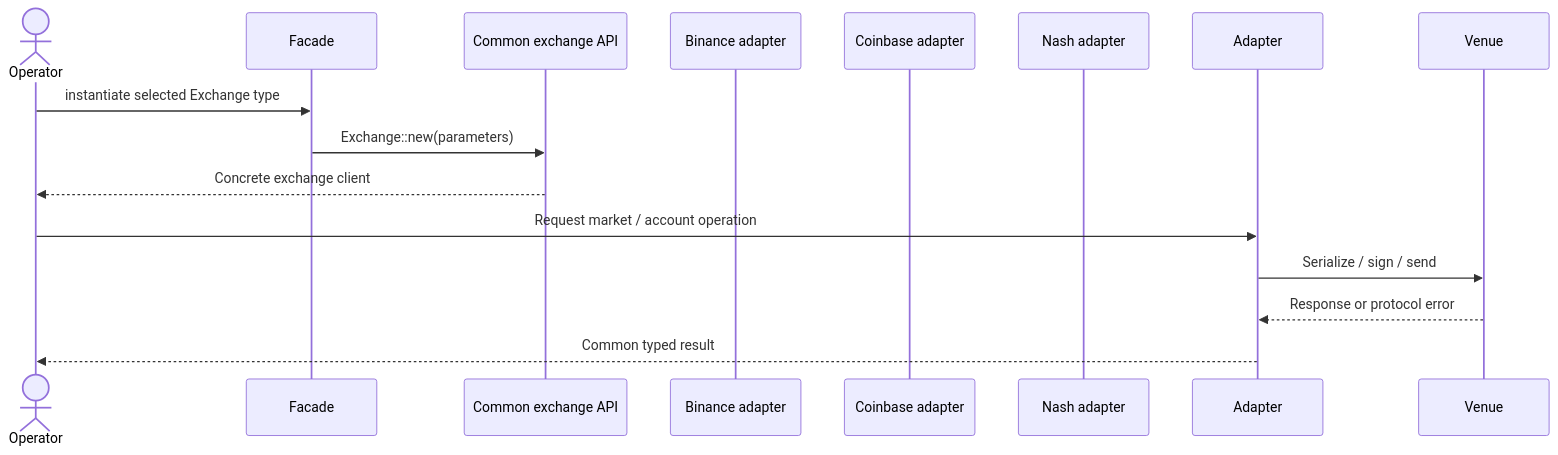
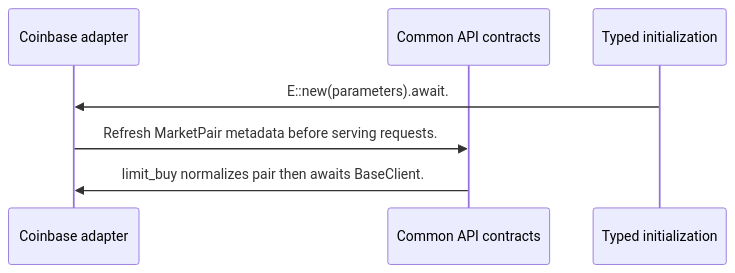
The fourth of 4 diagrams in docs/ayu-develop.md (alexcwyu/openlimits), drawn with Mermaid before and after one commit. The commit also changed other lines of this file and 13 other files, not shown here.

Commit message:
docs: standardize source-reviewed system guides and offline diagrams

````diff
--- a/docs/ayu-develop.md
+++ b/docs/ayu-develop.md
@@ -105,16 +173,9 @@
 ```mermaid
 sequenceDiagram
-  actor Operator
-  participant P0 as Facade
-  participant P1 as Common exchange API
-  participant P2 as Binance adapter
-  participant P3 as Coinbase adapter
-  participant P4 as Nash adapter
-  Operator->>P0: instantiate selected Exchange type
-  P0->>P1: Exchange::new(parameters)
-  P1-->>Operator: Concrete exchange client
-  Operator->>Adapter: Request market / account operation
-  Adapter->>Venue: Serialize / sign / send
-  Venue-->>Adapter: Response or protocol error
-  Adapter-->>Operator: Common typed result
+  participant N0 as Coinbase adapter
+  participant N1 as Common API contracts
+  participant N2 as Typed initialization
+  N2->>N0: E::new(parameters).await.
+  N0->>N1: Refresh MarketPair metadata before serving requests.
+  N1->>N0: limit_buy normalizes pair then awaits BaseClient.
 ```
````
